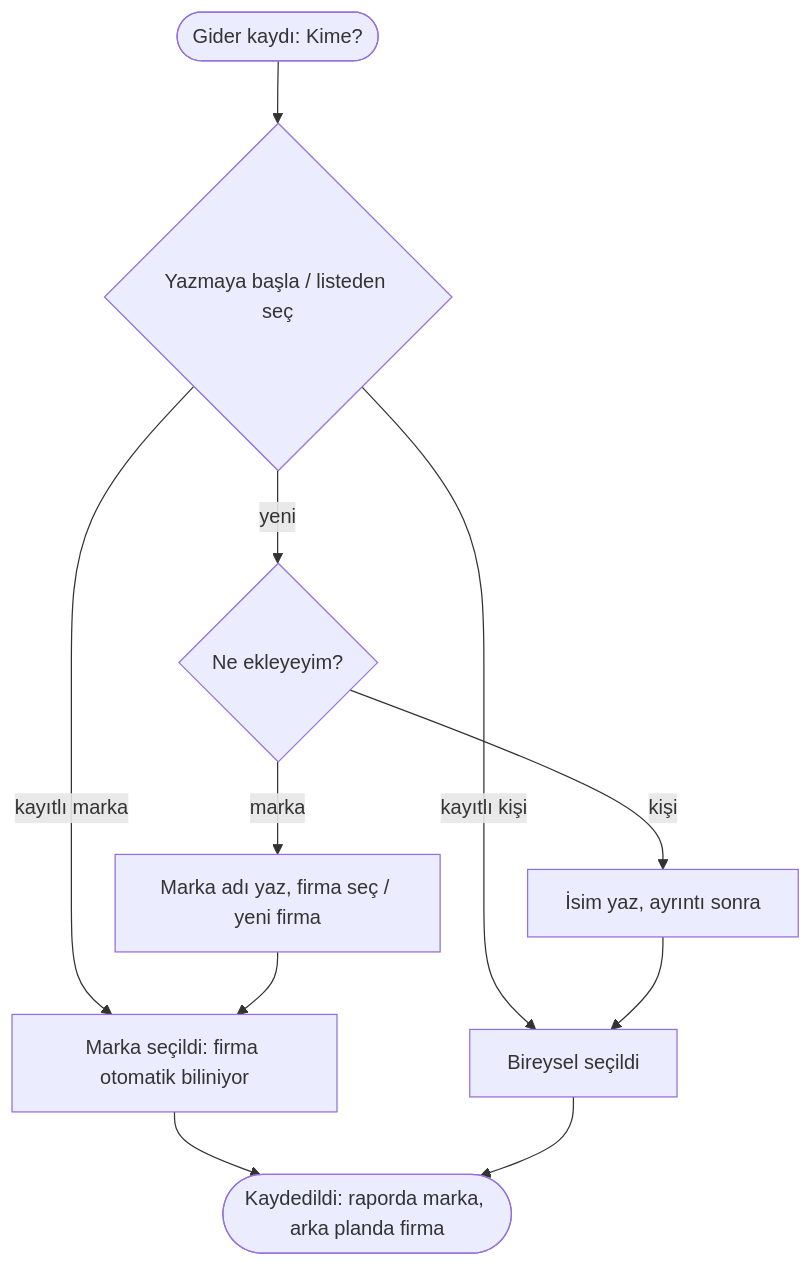
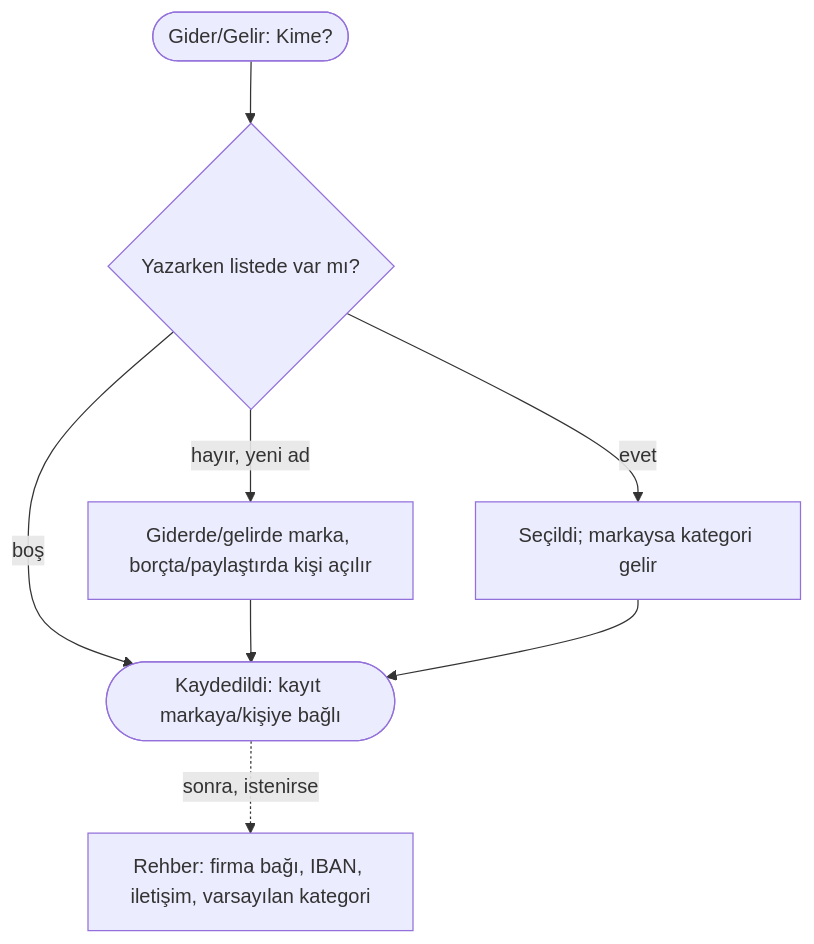
One commit to akderelianil/aa-finance changed the second of 2 diagrams in docs/ux/akislar/AKS-016-kime-odeme-yaptim.md. Above: the diagram before and after it, drawn with Mermaid. The commit also changed other lines of this file and 18 other files, not shown here.

````diff
--- a/docs/ux/akislar/AKS-016-kime-odeme-yaptim.md
+++ b/docs/ux/akislar/AKS-016-kime-odeme-yaptim.md
@@ -26,13 +26,10 @@
 ```mermaid
 flowchart TD
-  A([Gider kaydı: Kime?]) --> B{Yazmaya başla / listeden seç}
-  B -- kayıtlı marka --> C[Marka seçildi: firma otomatik biliniyor]
-  B -- kayıtlı kişi --> D[Bireysel seçildi]
-  B -- yeni --> E{Ne ekleyeyim?}
-  E -- marka --> F[Marka adı yaz, firma seç / yeni firma]
-  E -- kişi --> G[İsim yaz, ayrıntı sonra]
-  F --> C
-  G --> D
-  C --> H([Kaydedildi: raporda marka, arka planda firma])
-  D --> H
+  A([Gider/Gelir: Kime?]) --> B{Yazarken listede var mı?}
+  B -- evet --> C[Seçildi; markaysa kategori gelir]
+  B -- hayır, yeni ad --> E[Giderde/gelirde marka, borçta/paylaştırda kişi açılır]
+  B -- boş --> H
+  E --> H([Kaydedildi: kayıt markaya/kişiye bağlı])
+  C --> H
+  H -. sonra, istenirse .-> R[Rehber: firma bağı, IBAN, iletişim, varsayılan kategori]
 ```
````
